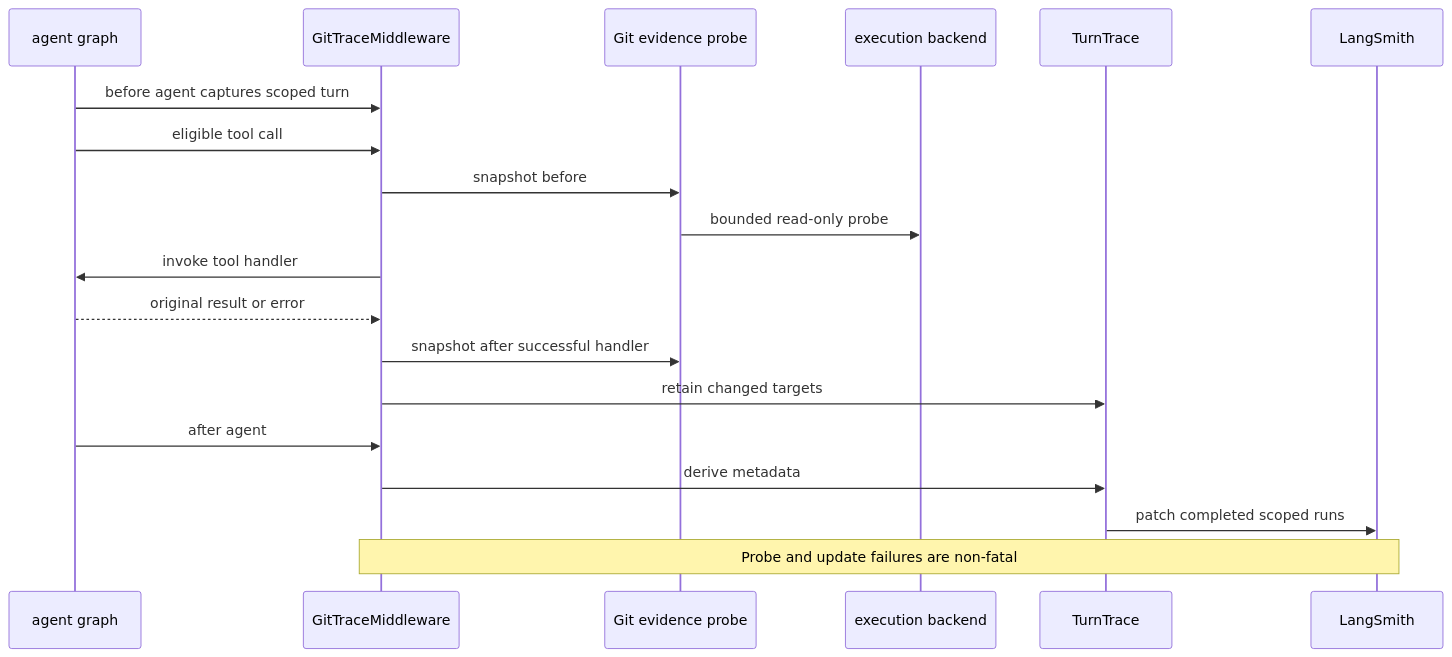
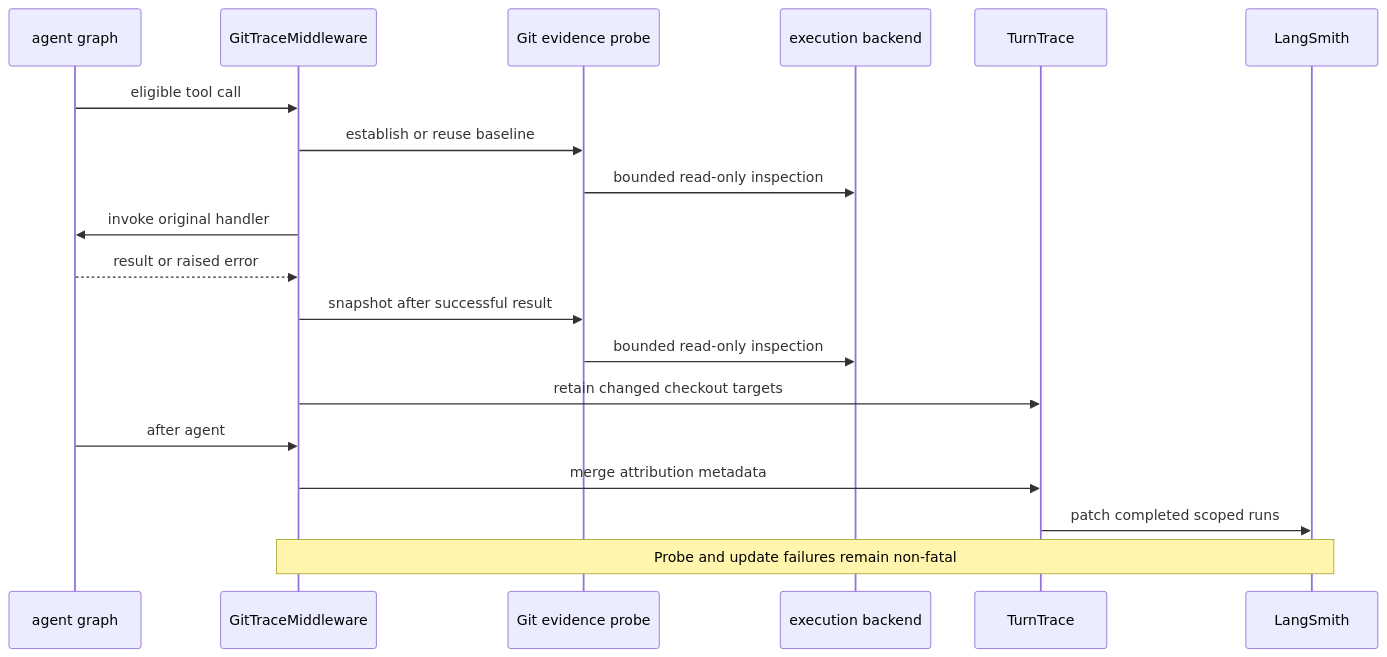
The diagram in openwiki/concepts/trace-attribution.md (langchain-ai/deepagents), drawn with Mermaid before and after one commit. The commit also changed other lines of this file and 46 other files, not shown here.

````diff
--- a/openwiki/concepts/trace-attribution.md
+++ b/openwiki/concepts/trace-attribution.md
@@ -51,22 +49,22 @@
 ```mermaid
 sequenceDiagram
-    participant Graph as agent graph
+    participant Agent as agent graph
     participant Middleware as GitTraceMiddleware
-    participant Evidence as Git evidence probe
+    participant Probe as Git evidence probe
     participant Backend as execution backend
-    participant Turn as TurnTrace
+    participant Trace as TurnTrace
     participant LangSmith as LangSmith
 
-    Graph->>Middleware: before agent captures scoped turn
-    Graph->>Middleware: eligible tool call
-    Middleware->>Evidence: snapshot before
-    Evidence->>Backend: bounded read-only probe
-    Middleware->>Graph: invoke tool handler
-    Graph-->>Middleware: original result or error
-    Middleware->>Evidence: snapshot after successful handler
-    Middleware->>Turn: retain changed targets
-    Graph->>Middleware: after agent
-    Middleware->>Turn: derive metadata
-    Turn->>LangSmith: patch completed scoped runs
-    Note over Middleware,LangSmith: Probe and update failures are non-fatal
+    Agent->>Middleware: eligible tool call
+    Middleware->>Probe: establish or reuse baseline
+    Probe->>Backend: bounded read-only inspection
+    Middleware->>Agent: invoke original handler
+    Agent-->>Middleware: result or raised error
+    Middleware->>Probe: snapshot after successful result
+    Probe->>Backend: bounded read-only inspection
+    Middleware->>Trace: retain changed checkout targets
+    Agent->>Middleware: after agent
+    Middleware->>Trace: merge attribution metadata
+    Trace->>LangSmith: patch completed scoped runs
+    Note over Middleware,LangSmith: Probe and update failures remain non-fatal
 ```
````
